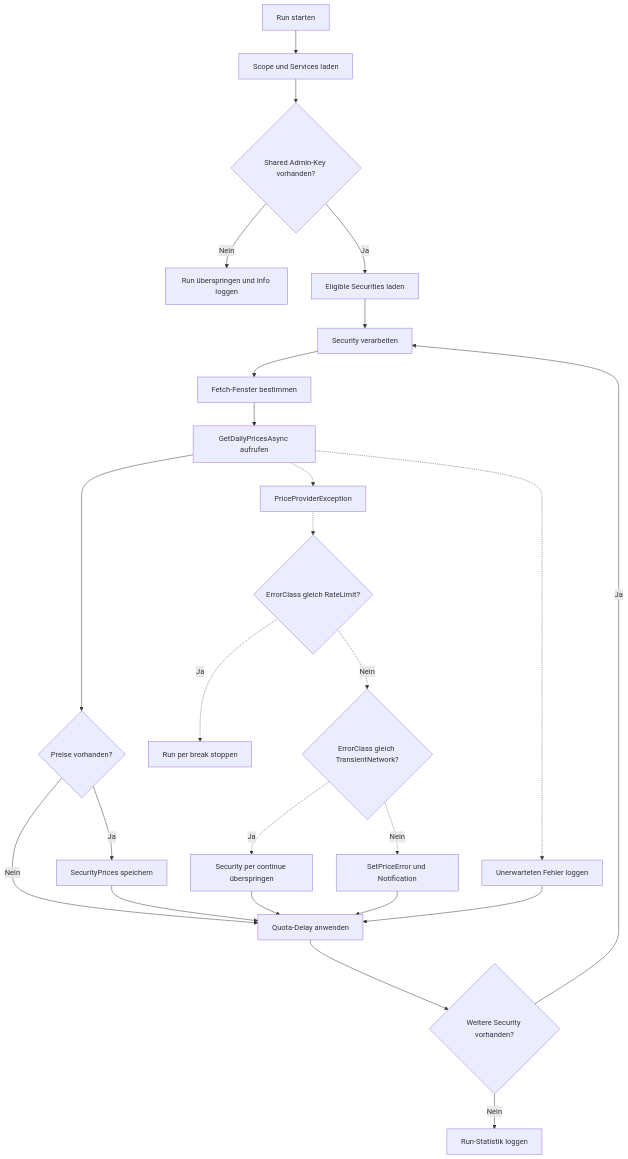
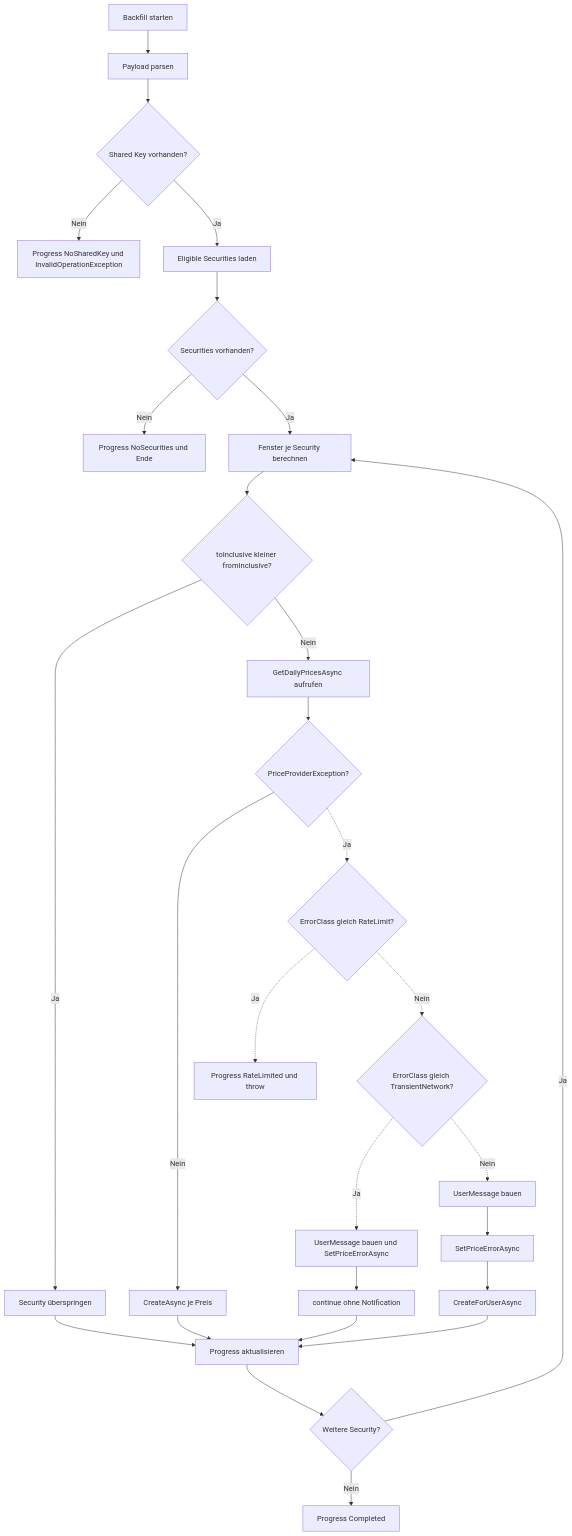
One commit to martin-stromberg/FinanceManager changed the second of 2 diagrams in docs/flows/security-price-worker.md. Above: the diagram before and after it, drawn with Mermaid. The commit also changed other lines of this file and 23 other files, not shown here.

````diff
--- a/docs/flows/security-price-worker.md
+++ b/docs/flows/security-price-worker.md
@@ -9,27 +46,30 @@
 ```mermaid
 flowchart TD
-  A[Run starten] --> B[Scope und Services laden]
-  B --> C{Shared Admin-Key vorhanden?}
-  C -->|Nein| D[Run überspringen und Info loggen]
+  A[Backfill starten] --> B[Payload parsen]
+  B --> C{Shared Key vorhanden?}
+  C -->|Nein| D[Progress NoSharedKey und InvalidOperationException]
   C -->|Ja| E[Eligible Securities laden]
-  E --> F[Security verarbeiten]
-  F --> G[Fetch-Fenster bestimmen]
-  G --> H[GetDailyPricesAsync aufrufen]
-  H --> I{Preise vorhanden?}
-  I -->|Ja| J[SecurityPrices speichern]
-  I -->|Nein| R[Quota-Delay anwenden]
-  J --> R
-  H -.-> K[PriceProviderException]
-  K -.-> L{ErrorClass gleich RateLimit?}
-  L -.->|Ja| M[Run per break stoppen]
-  L -.->|Nein| N{ErrorClass gleich TransientNetwork?}
-  N -.->|Ja| O[Security per continue überspringen]
-  N -.->|Nein| P[SetPriceError und Notification]
-  H -.-> Q[Unerwarteten Fehler loggen]
-  O --> R
-  P --> R
-  Q --> R
-  R --> S{Weitere Security vorhanden?}
-  S -->|Ja| F
-  S -->|Nein| T[Run-Statistik loggen]
+  E --> F{Securities vorhanden?}
+  F -->|Nein| G[Progress NoSecurities und Ende]
+  F -->|Ja| H[Fenster je Security berechnen]
+  H --> I{toInclusive kleiner fromInclusive?}
+  I -->|Ja| J[Security überspringen]
+  I -->|Nein| K[GetDailyPricesAsync aufrufen]
+  K --> L{PriceProviderException?}
+  L -->|Nein| M[CreateAsync je Preis]
+  L -.->|Ja| N{ErrorClass gleich RateLimit?}
+  N -.->|Ja| O[Progress RateLimited und throw]
+  N -.->|Nein| P{ErrorClass gleich TransientNetwork?}
+  P -.->|Ja| Q[UserMessage bauen und SetPriceErrorAsync]
+  Q --> U1[continue ohne Notification]
+  P -.->|Nein| R[UserMessage bauen]
+  R --> S[SetPriceErrorAsync]
+  S --> T[CreateForUserAsync]
+  J --> U[Progress aktualisieren]
+  M --> U
+  U1 --> U
+  T --> U
+  U --> V{Weitere Security?}
+  V -->|Ja| H
+  V -->|Nein| W[Progress Completed]
 ```
````
